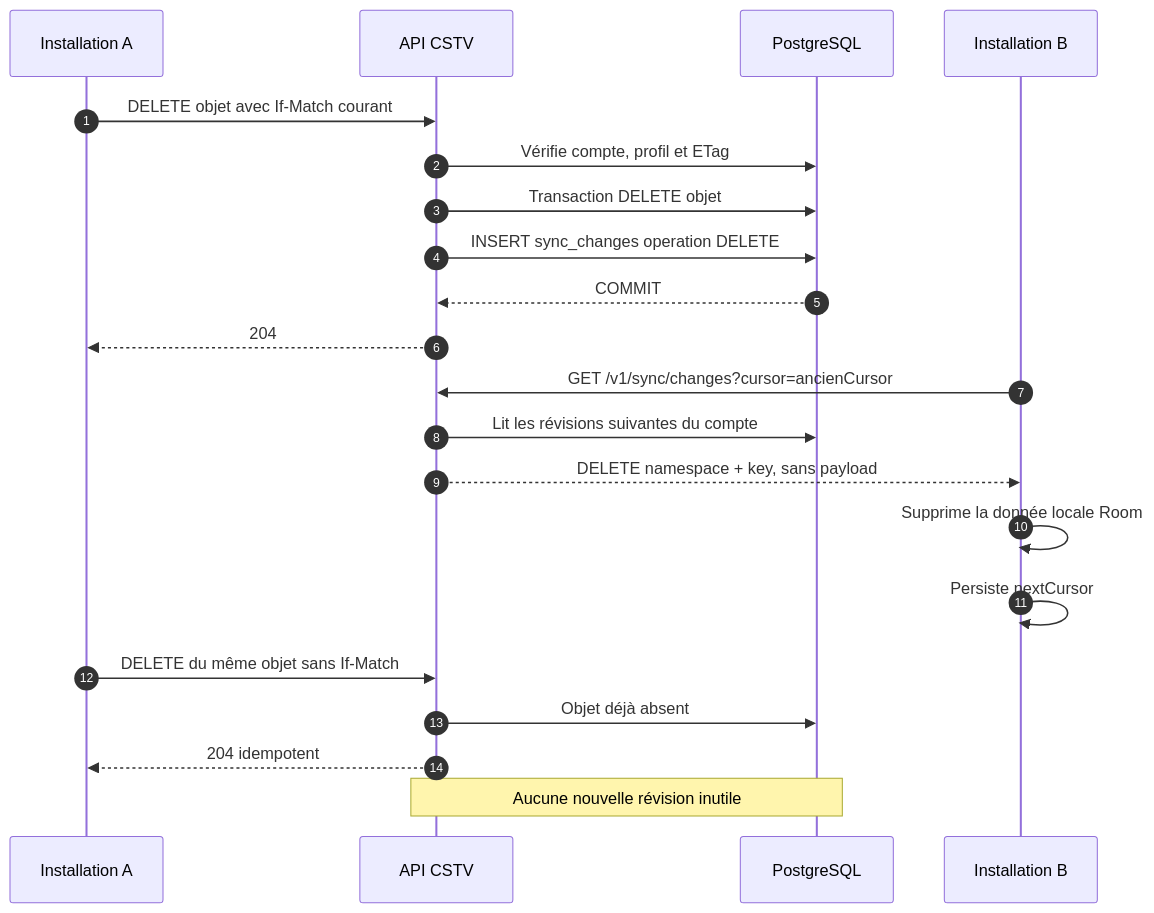
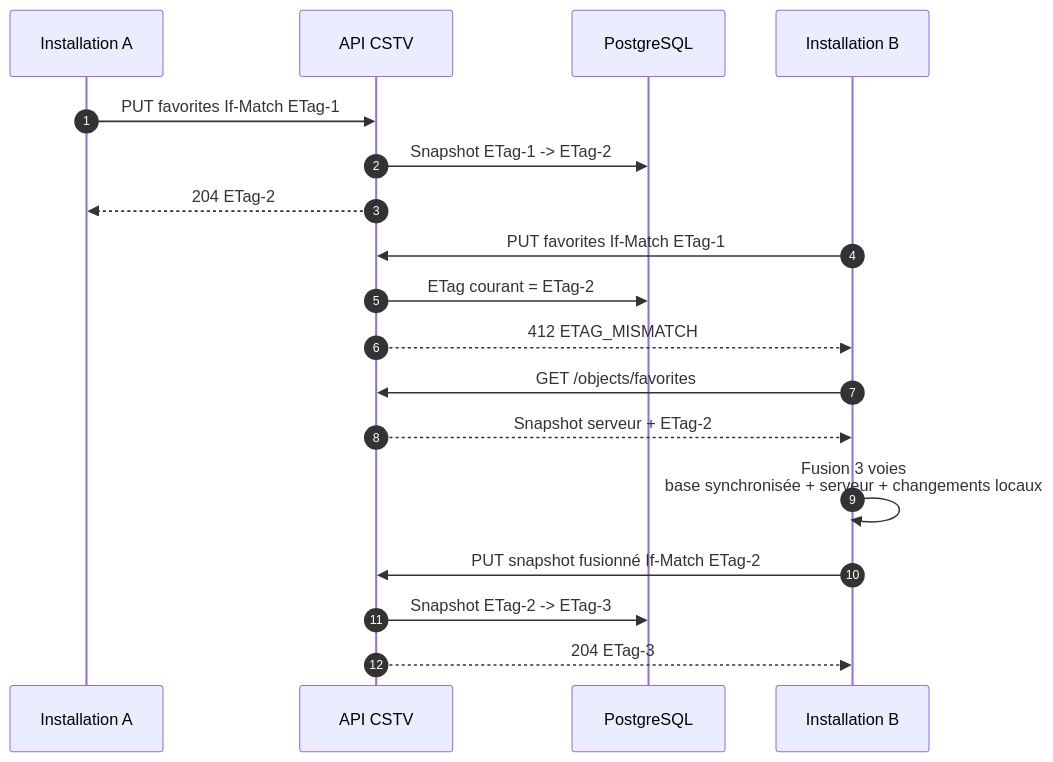
Before and after one commit to scilone/cstv: the third of 5 diagrams in docs/api/app-api-sequence.md, drawn with Mermaid. The commit also changed other lines of this file and 40 other files, not shown here.

Commit message:
feat(backend): replace sync journal with namespace snapshots

````diff
--- a/docs/api/app-api-sequence.md
+++ b/docs/api/app-api-sequence.md
@@ -99,26 +83,22 @@
 ```mermaid
 sequenceDiagram
     autonumber
     participant A as Installation A
     participant API as API CSTV
     participant DB as PostgreSQL
     participant B as Installation B
 
-    A->>API: DELETE objet avec If-Match courant
-    API->>DB: Vérifie compte, profil et ETag
-    API->>DB: Transaction DELETE objet
-    API->>DB: INSERT sync_changes operation DELETE
-    DB-->>API: COMMIT
-    API-->>A: 204
+    A->>API: PUT favorites If-Match ETag-1
+    API->>DB: Snapshot ETag-1 -> ETag-2
+    API-->>A: 204 ETag-2
 
-    B->>API: GET /v1/sync/changes?cursor=ancienCursor
-    API->>DB: Lit les révisions suivantes du compte
-    API-->>B: DELETE namespace + key, sans payload
-    B->>B: Supprime la donnée locale Room
-    B->>B: Persiste nextCursor
-
-    A->>API: DELETE du même objet sans If-Match
-    API->>DB: Objet déjà absent
-    API-->>A: 204 idempotent
-    Note over API,DB: Aucune nouvelle révision inutile
+    B->>API: PUT favorites If-Match ETag-1
+    API->>DB: ETag courant = ETag-2
+    API-->>B: 412 ETAG_MISMATCH
+    B->>API: GET /objects/favorites
+    API-->>B: Snapshot serveur + ETag-2
+    B->>B: Fusion 3 voies<br/>base synchronisée + serveur + changements locaux
+    B->>API: PUT snapshot fusionné If-Match ETag-2
+    API->>DB: Snapshot ETag-2 -> ETag-3
+    API-->>B: 204 ETag-3
 ```
````
